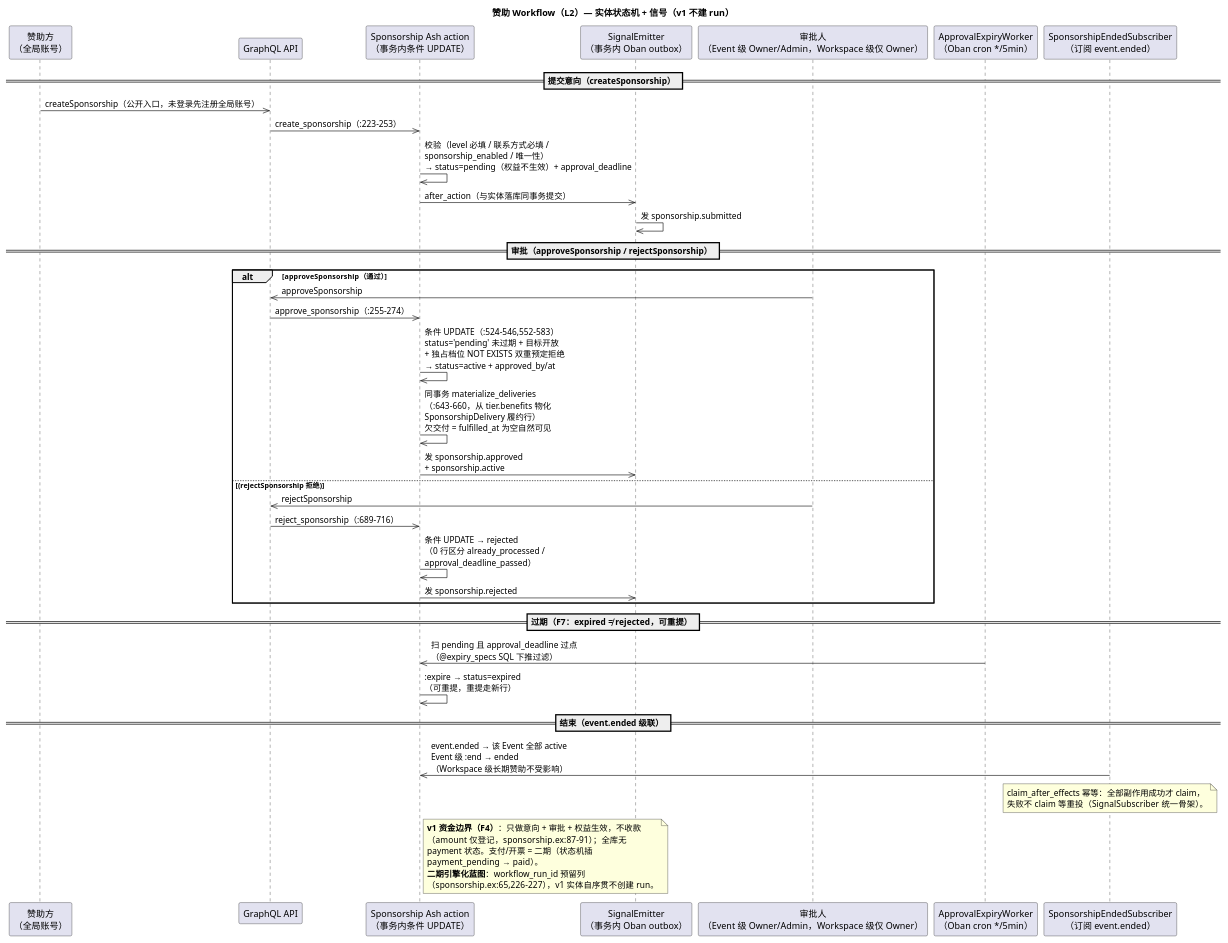
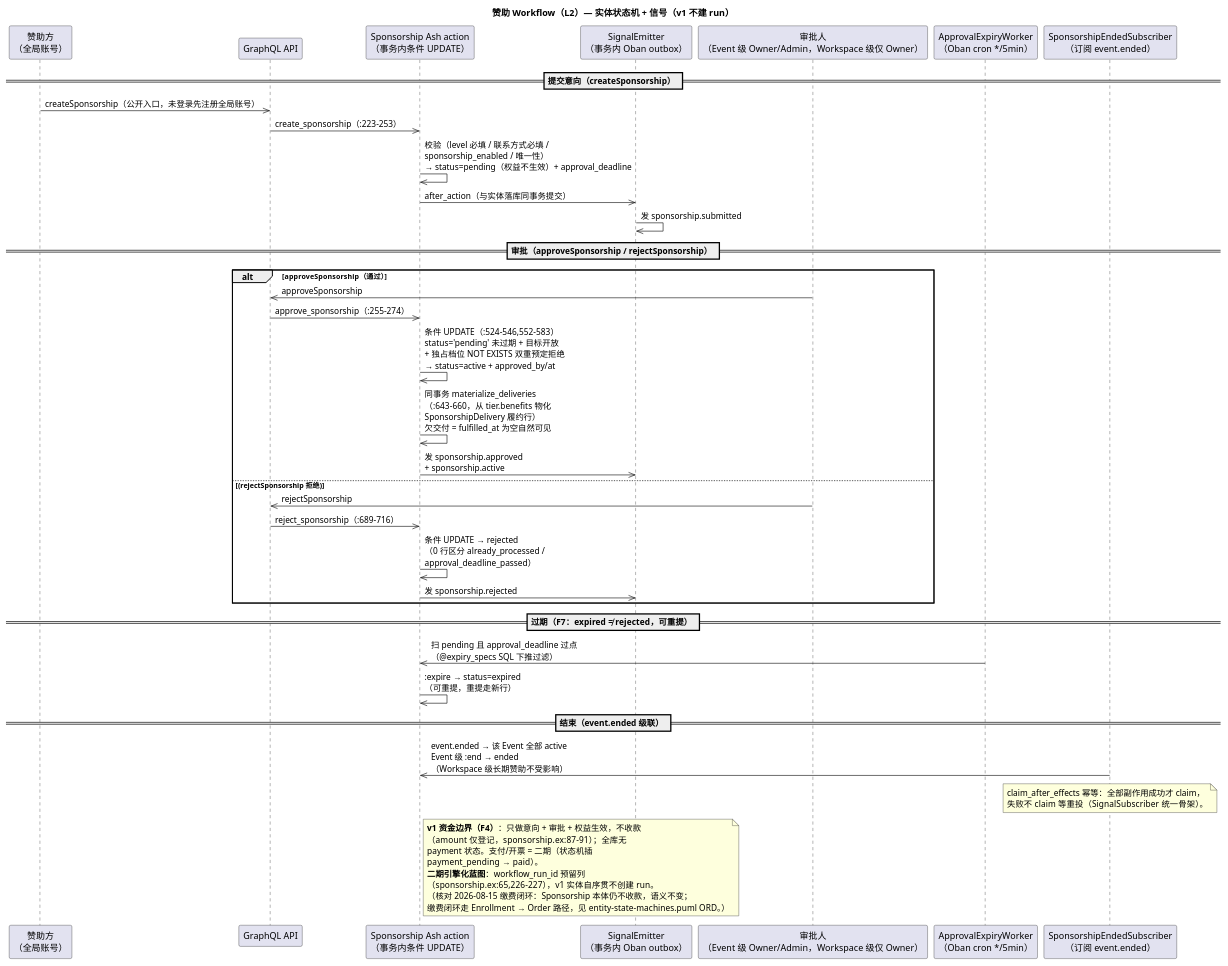
Before and after one commit to CodingGirlsClub/cgc_2046: the diagram in docs/diagrams/workflow-sponsorship.puml, drawn with PlantUML. The commit also changed 3 other files, not shown here.

First line of the commit message:
docs: payment loop ER and state machine sync (U14)

```diff
--- a/docs/diagrams/workflow-sponsorship.puml
+++ b/docs/diagrams/workflow-sponsorship.puml
@@ -1,64 +1,66 @@
 @startuml workflow-sponsorship
 ' ============================================================
 ' L2 - 赞助 Workflow（v1：实体状态机 + 信号，不建 WorkflowRun）
 ' 事实来源：backend/lib/cgc_2046/events/sponsorship.ex:33-36,223-291,503-583,
 '   643-660,689-716,732-781 · events/sponsorship_ended_subscriber.ex:12-14 ·
 '   workers/approval_expiry_worker.ex:78-84,190-195
 ' 说明：与报名同构（实体自序贯 + SignalEmitter outbox）。
 '   二期引擎化蓝图：workflow_run_id 预留列（sponsorship.ex:65,226-227）。
 '   v1 不收款——无 payment 状态，amount 仅登记；支付/开票 = 二期
 '   （F4：状态机插 payment_pending → paid）。
 ' ============================================================
 title 赞助 Workflow（L2）— 实体状态机 + 信号（v1 不建 run）
 skinparam backgroundColor white
 
 participant "赞助方\n（全局账号）" as SPONSOR
 participant "GraphQL API" as GQL
 participant "Sponsorship Ash action\n（事务内条件 UPDATE）" as ACT
 participant "SignalEmitter\n（事务内 Oban outbox）" as SIG
 participant "审批人\n（Event 级 Owner/Admin，Workspace 级仅 Owner）" as ADMIN
 participant "ApprovalExpiryWorker\n（Oban cron */5min）" as EXP
 participant "SponsorshipEndedSubscriber\n（订阅 event.ended）" as ENDSUB
 
 == 提交意向（createSponsorship） ==
 SPONSOR ->> GQL: createSponsorship（公开入口，未登录先注册全局账号）
 GQL ->> ACT: create_sponsorship（:223-253）
 ACT ->> ACT: 校验（level 必填 / 联系方式必填 /\nsponsorship_enabled / 唯一性）\n→ status=pending（权益不生效）+ approval_deadline
 ACT ->> SIG: after_action（与实体落库同事务提交）
 SIG ->> SIG: 发 sponsorship.submitted
 
 == 审批（approveSponsorship / rejectSponsorship） ==
 alt approveSponsorship（通过）
     ADMIN ->> GQL: approveSponsorship
     GQL ->> ACT: approve_sponsorship（:255-274）
     ACT ->> ACT: 条件 UPDATE（:524-546,552-583）\nstatus='pending' 未过期 + 目标开放\n+ 独占档位 NOT EXISTS 双重预定拒绝\n→ status=active + approved_by/at
     ACT ->> ACT: 同事务 materialize_deliveries\n（:643-660，从 tier.benefits 物化\nSponsorshipDelivery 履约行）\n欠交付 = fulfilled_at 为空自然可见
     ACT ->> SIG: 发 sponsorship.approved\n+ sponsorship.active
 else (rejectSponsorship 拒绝)
     ADMIN ->> GQL: rejectSponsorship
     GQL ->> ACT: reject_sponsorship（:689-716）
     ACT ->> ACT: 条件 UPDATE → rejected\n（0 行区分 already_processed /\napproval_deadline_passed）
     ACT ->> SIG: 发 sponsorship.rejected
 end
 
 == 过期（F7：expired ≠ rejected，可重提） ==
 EXP ->> ACT: 扫 pending 且 approval_deadline 过点\n（@expiry_specs SQL 下推过滤）
 ACT ->> ACT: :expire → status=expired\n（可重提，重提走新行）
 
 == 结束（event.ended 级联） ==
 ENDSUB ->> ACT: event.ended → 该 Event 全部 active\nEvent 级 :end → ended\n（Workspace 级长期赞助不受影响）
 note over ENDSUB
   claim_after_effects 幂等：全部副作用成功才 claim，
   失败不 claim 等重投（SignalSubscriber 统一骨架）。
 end note
 
 note right of ACT
   **v1 资金边界（F4）**：只做意向 + 审批 + 权益生效，不收款
   （amount 仅登记，sponsorship.ex:87-91）；全库无
   payment 状态。支付/开票 = 二期（状态机插
   payment_pending → paid）。
   **二期引擎化蓝图**：workflow_run_id 预留列
   （sponsorship.ex:65,226-227），v1 实体自序贯不创建 run。
+  （核对 2026-08-15 缴费闭环：Sponsorship 本体仍不收款，语义不变；
+  缴费闭环走 Enrollment → Order 路径，见 entity-state-machines.puml ORD。）
 end note
 
 @enduml
```
